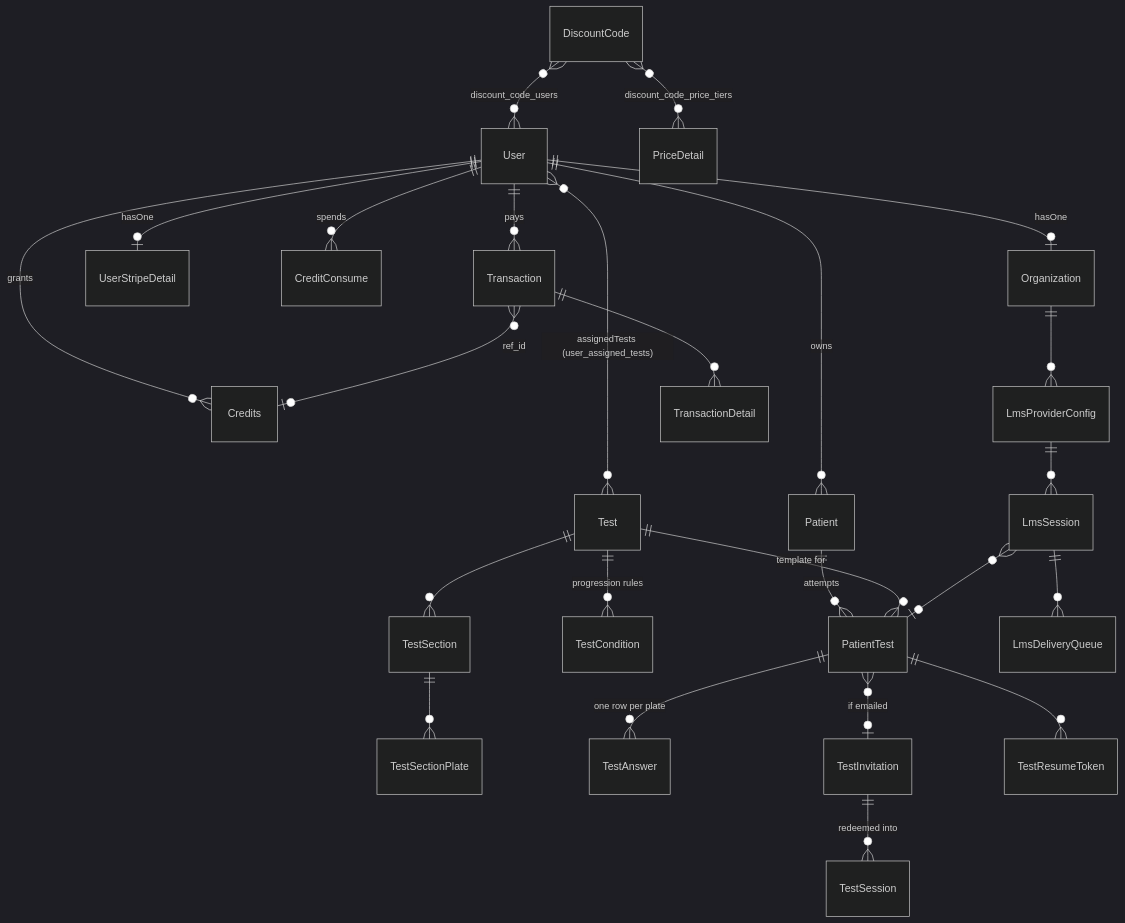
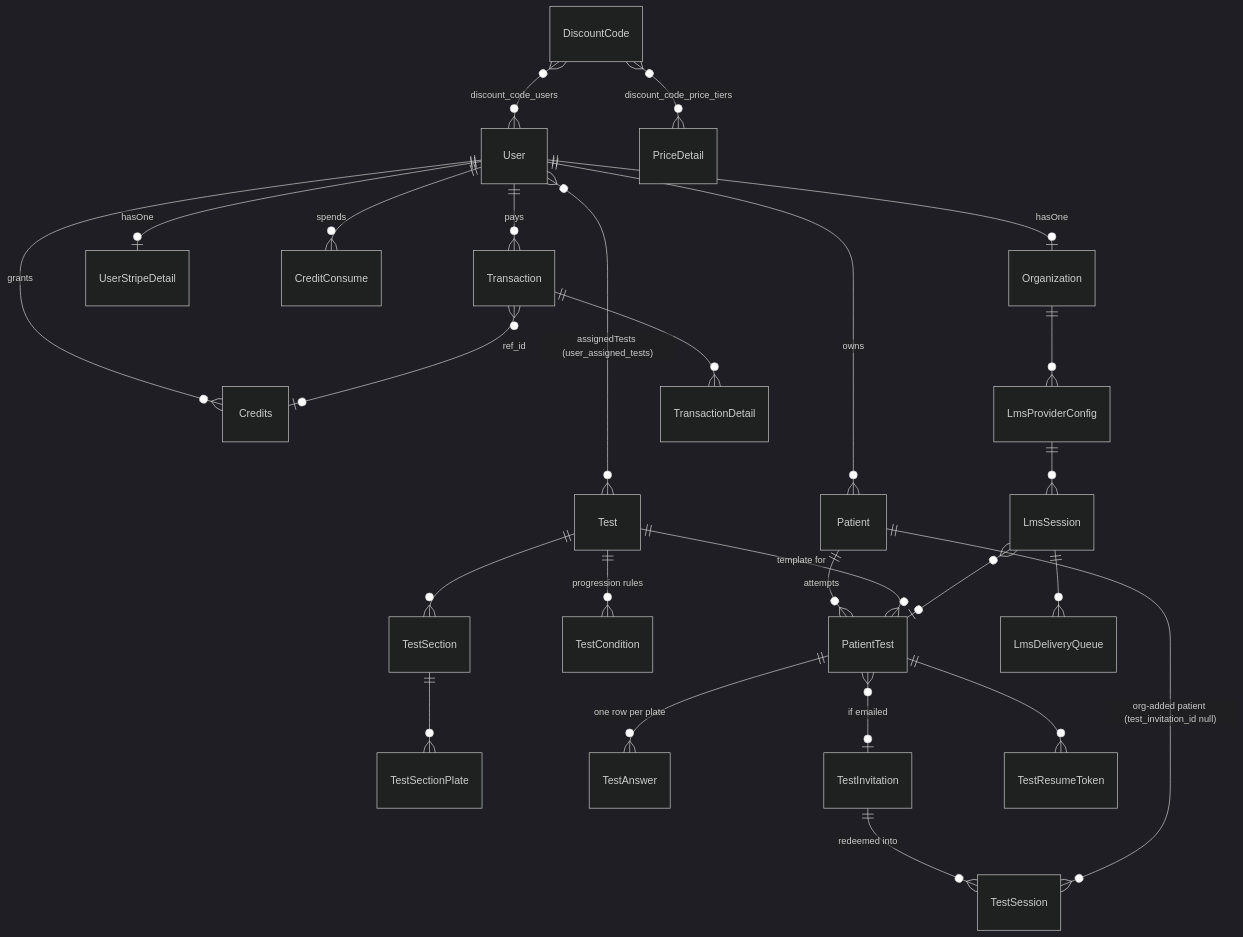
Before and after one commit to Waggoner-Diagnostics/tcv_ai_knowledge_base: the diagram in AI_KNOWLEDGE_BASE/MODEL_RELATIONSHIP.md, drawn with Mermaid (dark theme). The commit also changed other lines of this file and 29 other files, not shown here.

````diff
--- a/AI_KNOWLEDGE_BASE/MODEL_RELATIONSHIP.md
+++ b/AI_KNOWLEDGE_BASE/MODEL_RELATIONSHIP.md
@@ -8,32 +8,33 @@
 ```mermaid
 erDiagram
     User            ||--o{ Patient          : "owns"
     User            ||--o| Organization     : "hasOne"
     User            ||--o| UserStripeDetail : "hasOne"
     User            }o--o{ Test             : "assignedTests (user_assigned_tests)"
     User            ||--o{ Credits          : "grants"
     User            ||--o{ CreditConsume    : "spends"
     User            ||--o{ Transaction      : "pays"
 
     Test            ||--o{ TestSection      : ""
     TestSection     ||--o{ TestSectionPlate : ""
     Test            ||--o{ TestCondition    : "progression rules"
 
     Patient         ||--o{ PatientTest      : "attempts"
     Test            ||--o{ PatientTest      : "template for"
     PatientTest     ||--o{ TestAnswer       : "one row per plate"
     PatientTest     }o--o| TestInvitation   : "if emailed"
     PatientTest     ||--o{ TestResumeToken  : ""
 
     TestInvitation  ||--o{ TestSession      : "redeemed into"
+    Patient         ||--o{ TestSession      : "org-added patient (test_invitation_id null)"
 
     Organization    ||--o{ LmsProviderConfig : ""
     LmsProviderConfig ||--o{ LmsSession      : ""
     LmsSession      ||--o{ LmsDeliveryQueue  : ""
     LmsSession      }o--o| PatientTest       : ""
 
     Transaction     ||--o{ TransactionDetail : ""
     Transaction     }o--o| Credits           : "ref_id"
     DiscountCode    }o--o{ User              : "discount_code_users"
     DiscountCode    }o--o{ PriceDetail       : "discount_code_price_tiers"
 ```
````
